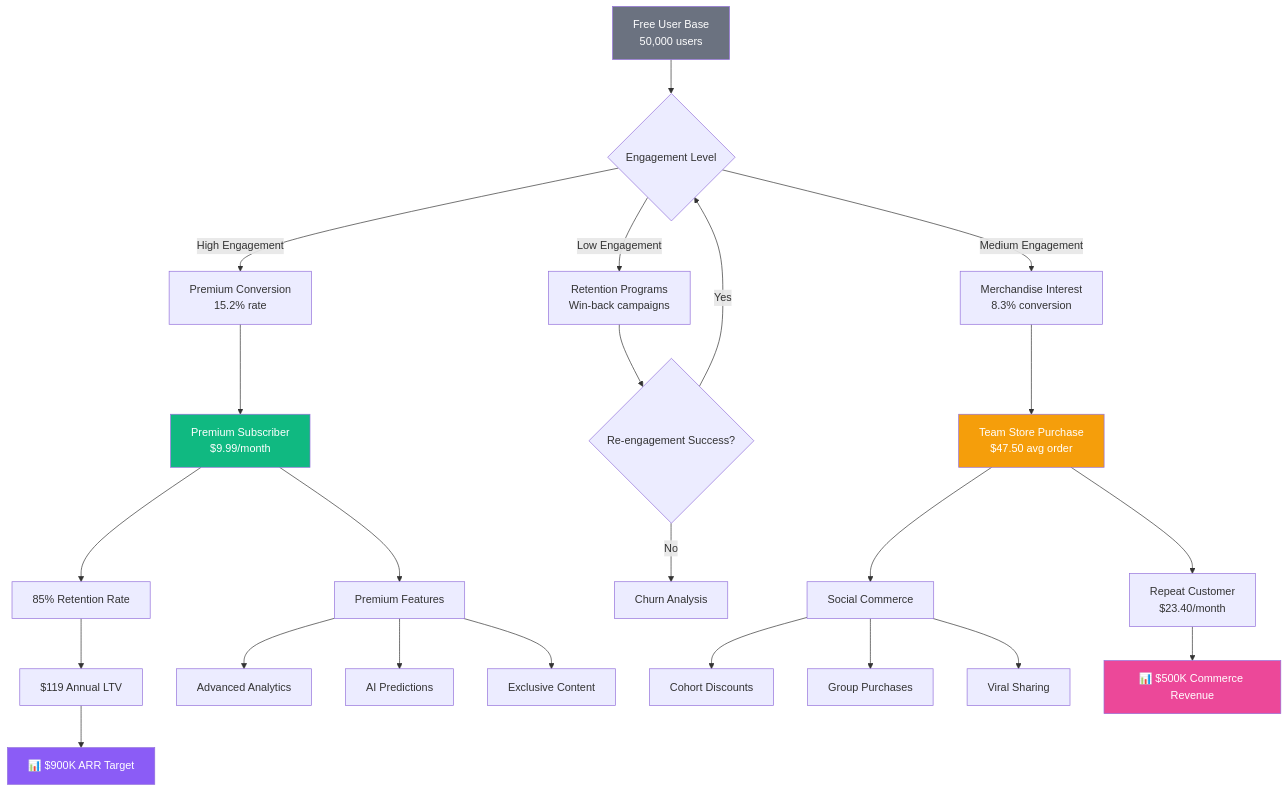
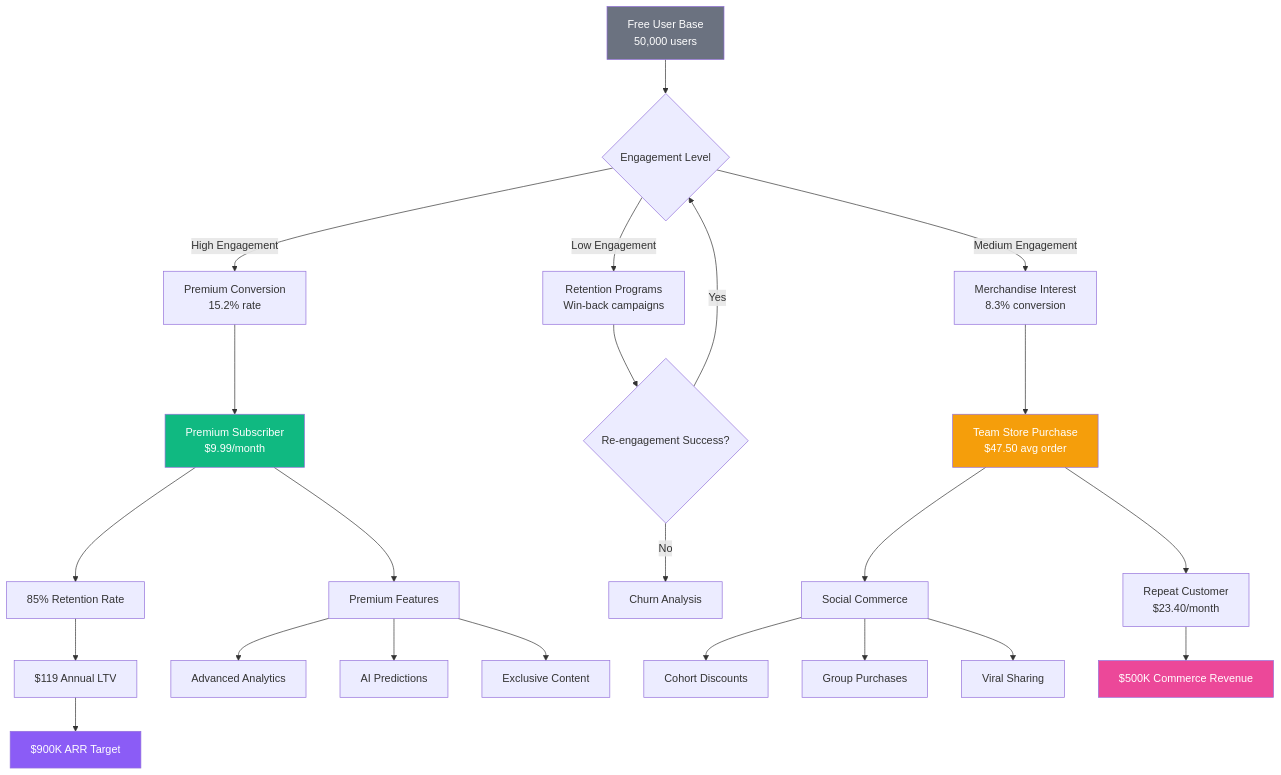
The third of 9 diagrams in docs/investor-flows.md (SkaFld-Ignite/ref-u-wireframes), drawn with Mermaid before and after one commit. The commit also changed other lines of this file and 8 other files, not shown here.

````diff
--- a/docs/investor-flows.md
+++ b/docs/investor-flows.md
@@ -100,38 +100,38 @@
 ```mermaid
 graph TD
     A[Free User Base<br/>50,000 users] --> B{Engagement Level}
     
     B -->|High Engagement| C[Premium Conversion<br/>15.2% rate]
     B -->|Medium Engagement| D[Merchandise Interest<br/>8.3% conversion]
     B -->|Low Engagement| E[Retention Programs<br/>Win-back campaigns]
     
     C --> F[Premium Subscriber<br/>$9.99/month]
     F --> G[85% Retention Rate]
     G --> H[$119 Annual LTV]
     
     D --> I[Team Store Purchase<br/>$47.50 avg order]
     I --> J[Repeat Customer<br/>$23.40/month]
     
     E --> K{Re-engagement Success?}
     K -->|Yes| B
     K -->|No| L[Churn Analysis]
     
     F --> M[Premium Features]
     M --> N[Advanced Analytics]
     M --> O[AI Predictions]
     M --> P[Exclusive Content]
     
     I --> Q[Social Commerce]
     Q --> R[Cohort Discounts]
     Q --> S[Group Purchases]
     Q --> T[Viral Sharing]
     
-    H --> U[📊 $900K ARR Target]
-    J --> V[📊 $500K Commerce Revenue]
+    H --> U[ $900K ARR Target]
+    J --> V[ $500K Commerce Revenue]
     
     style A fill:#6b7280,color:white
     style F fill:#10b981,color:white
     style I fill:#f59e0b,color:white
     style U fill:#8b5cf6,color:white
     style V fill:#ec4899,color:white
 ```
````
